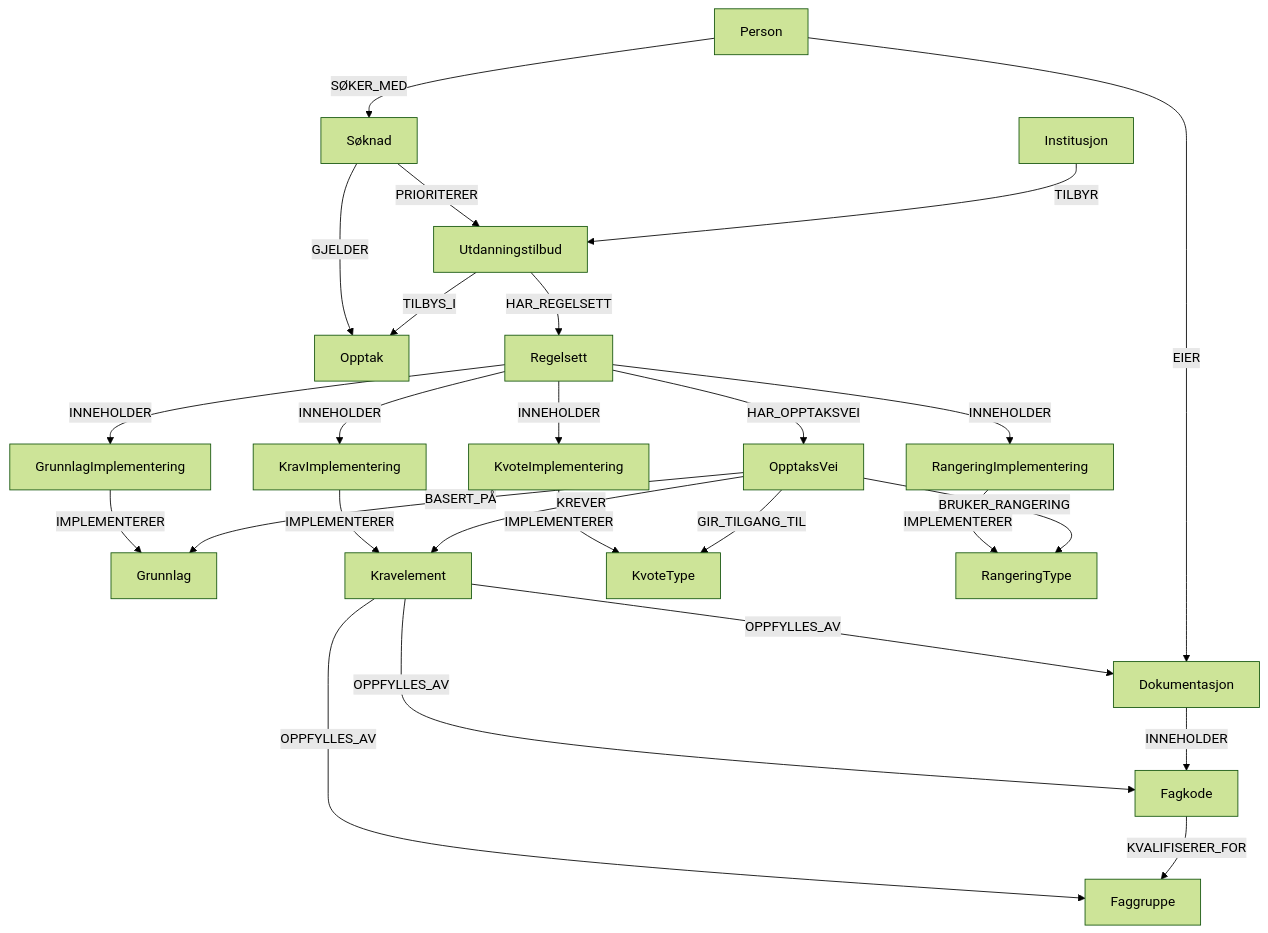
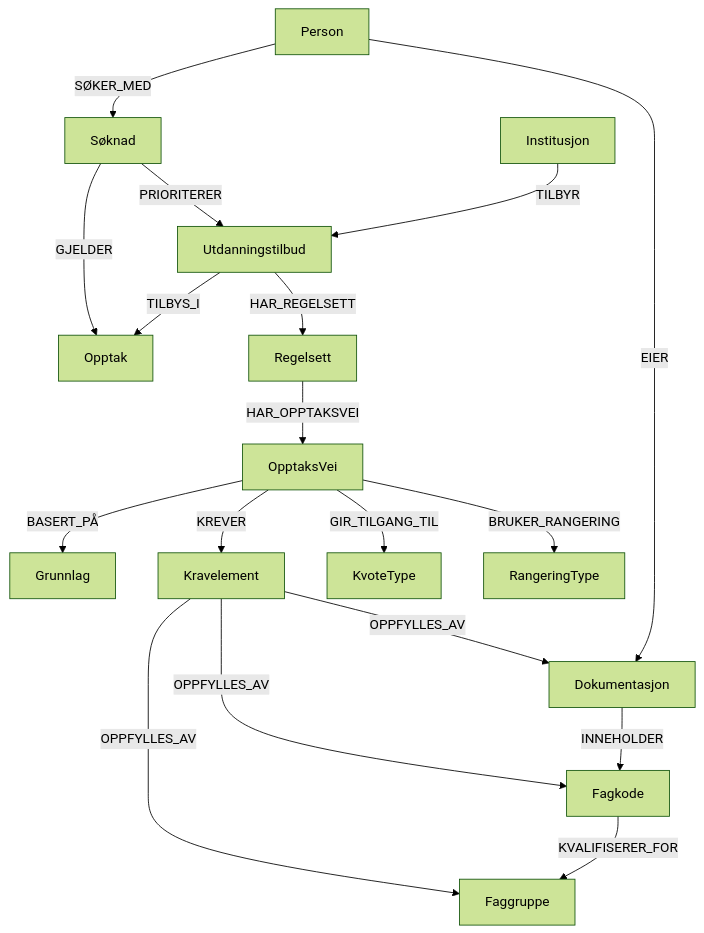
One commit to SmidigStorm/grafopptak changed the diagram in domenekunnskap/datamodell.md. Above: the diagram before and after it, drawn with Mermaid (forest theme). The commit also changed other lines of this file and 25 other files, not shown here.

````diff
--- a/domenekunnskap/datamodell.md
+++ b/domenekunnskap/datamodell.md
@@ -5,36 +5,26 @@
 ```mermaid
 graph TD
     Institusjon -->|TILBYR| Utdanningstilbud
     Person -->|EIER| Dokumentasjon
     Person -->|SØKER_MED| Søknad
     Utdanningstilbud -->|TILBYS_I| Opptak
     Utdanningstilbud -->|HAR_REGELSETT| Regelsett
     Søknad -->|GJELDER| Opptak
     Søknad -->|PRIORITERER| Utdanningstilbud
 
     %% Dokumentasjonsinnhold
     Dokumentasjon -->|INNEHOLDER| Fagkode
     Fagkode -->|KVALIFISERER_FOR| Faggruppe
 
     %% Beslutningstre struktur (ny tilnærming)
     Regelsett -->|HAR_OPPTAKSVEI| OpptaksVei
     OpptaksVei -->|BASERT_PÅ| Grunnlag
     OpptaksVei -->|KREVER| Kravelement
     OpptaksVei -->|GIR_TILGANG_TIL| KvoteType
     OpptaksVei -->|BRUKER_RANGERING| RangeringType
 
     %% Kobling mellom krav og oppfyllelse (tre forskjellige måter)
     Kravelement -->|OPPFYLLES_AV| Faggruppe
     Kravelement -->|OPPFYLLES_AV| Dokumentasjon
     Kravelement -->|OPPFYLLES_AV| Fagkode
-    Regelsett -->|INNEHOLDER| GrunnlagImplementering
-    Regelsett -->|INNEHOLDER| KravImplementering
-    Regelsett -->|INNEHOLDER| KvoteImplementering
-    Regelsett -->|INNEHOLDER| RangeringImplementering
-
-    %% Implementeringer basert på standarder
-    GrunnlagImplementering -->|IMPLEMENTERER| Grunnlag
-    KravImplementering -->|IMPLEMENTERER| Kravelement
-    KvoteImplementering -->|IMPLEMENTERER| KvoteType
-    RangeringImplementering -->|IMPLEMENTERER| RangeringType
 ```
````
